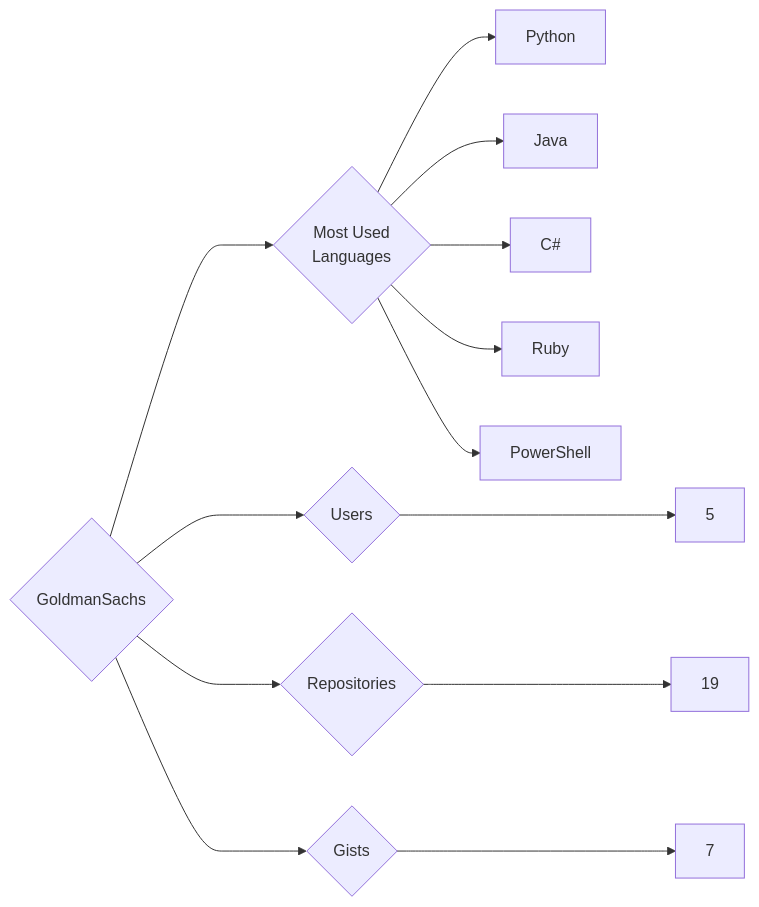
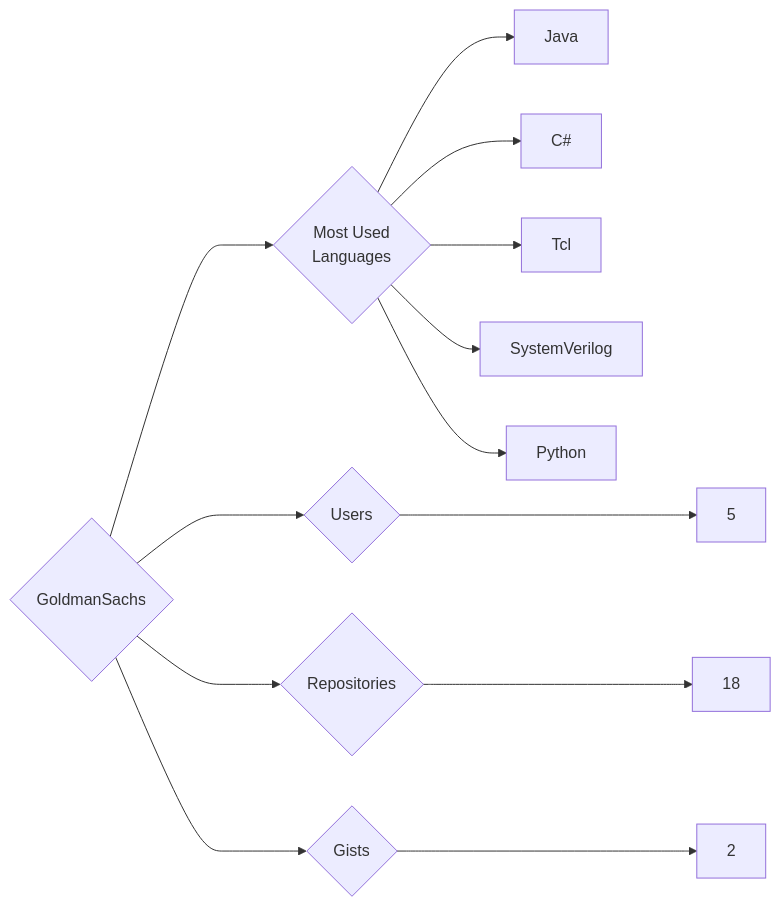
One commit to trickest/insiders changed the diagram in targets/GoldmanSachs/README.md. Above: the diagram before and after it, drawn with Mermaid. The commit also changed 1055 other files, not shown here.

````diff
--- a/targets/GoldmanSachs/README.md
+++ b/targets/GoldmanSachs/README.md
@@ -3,13 +3,13 @@
 ```mermaid
 graph LR
 COMPANY_NAME{GoldmanSachs}
 COMPANY_NAME ---> U{Users} ---> UN[5]
-COMPANY_NAME ---> R{Repositories} ---> RN[19]
-COMPANY_NAME ---> G{Gists} ---> GN[7]
+COMPANY_NAME ---> R{Repositories} ---> RN[18]
+COMPANY_NAME ---> G{Gists} ---> GN[2]
 COMPANY_NAME ---> ML{Most Used<br>Languages}
-ML --> Python[Python]
 ML --> Java[Java]
 ML --> C#[C#]
-ML --> Ruby[Ruby]
-ML --> PowerShell[PowerShell]
+ML --> Tcl[Tcl]
+ML --> SystemVerilog[SystemVerilog]
+ML --> Python[Python]
 ```
````
